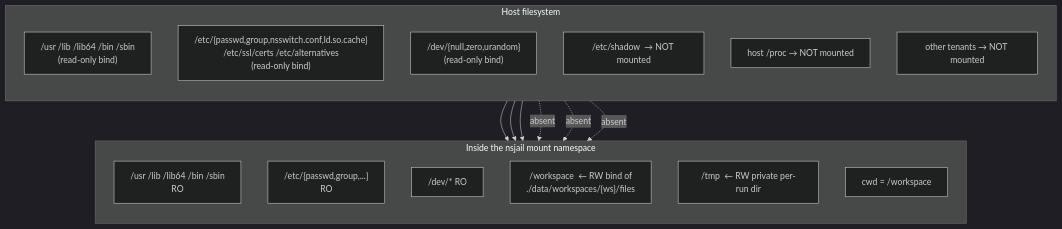
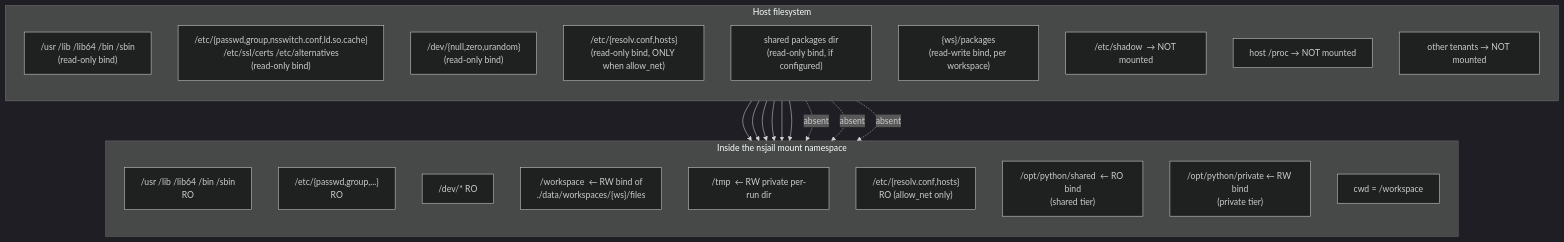
The eighth of 15 diagrams in docs/ARCHITECTURE.md (M3-mo2/cloud-service), drawn with Mermaid (dark theme) before and after one commit. The commit also changed other lines of this file and 6 other files, not shown here.

````diff
--- a/docs/ARCHITECTURE.md
+++ b/docs/ARCHITECTURE.md
@@ -311,29 +347,38 @@
 ```mermaid
 flowchart TB
     subgraph HOST["Host filesystem"]
         direction TB
         H1["/usr /lib /lib64 /bin /sbin\n(read-only bind)"]
         H2["/etc/{passwd,group,nsswitch.conf,ld.so.cache}\n/etc/ssl/certs /etc/alternatives\n(read-only bind)"]
         H3["/dev/{null,zero,urandom}\n(read-only bind)"]
+        H7["/etc/{resolv.conf,hosts}\n(read-only bind, ONLY when allow_net)"]
+        H8["shared packages dir\n(read-only bind, if configured)"]
+        H9["{ws}/packages\n(read-write bind, per workspace)"]
         H4["/etc/shadow  → NOT mounted"]
         H5["host /proc   → NOT mounted"]
         H6["other tenants → NOT mounted"]
     end
 
     subgraph JAIL["Inside the nsjail mount namespace"]
         direction TB
         J1["/usr /lib /lib64 /bin /sbin\nRO"]
         J2["/etc/{passwd,group,...}\nRO"]
         J3["/dev/* RO"]
         J4["/workspace  ← RW bind of\n./data/workspaces/{ws}/files"]
         J5["/tmp  ← RW private per-run dir"]
+        J7["/etc/{resolv.conf,hosts}\nRO (allow_net only)"]
+        J8["/opt/python/shared  ← RO bind\n(shared tier)"]
+        J9["/opt/python/private ← RW bind\n(private tier)"]
         J6["cwd = /workspace"]
     end
 
     H1 --> J1
     H2 --> J2
     H3 --> J3
+    H7 --> J7
+    H8 --> J8
+    H9 --> J9
     H4 -.->|absent| JAIL
     H5 -.->|absent| JAIL
     H6 -.->|absent| JAIL
 ```
````
